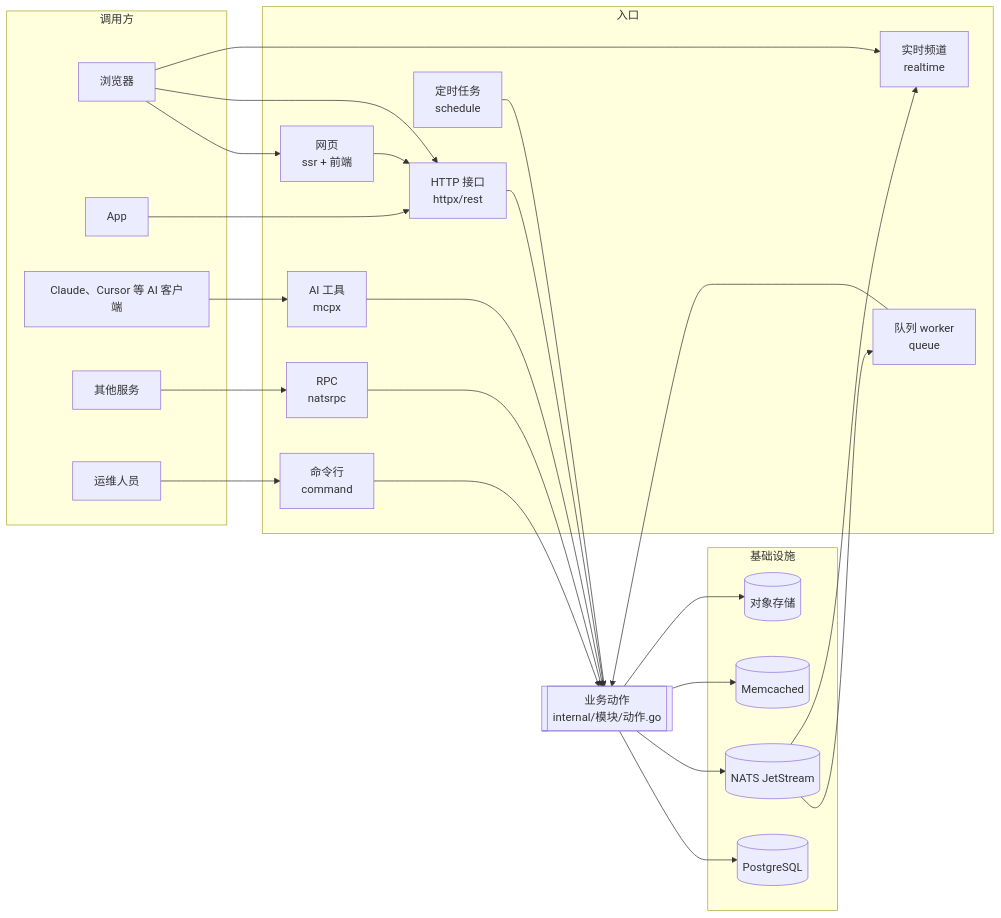
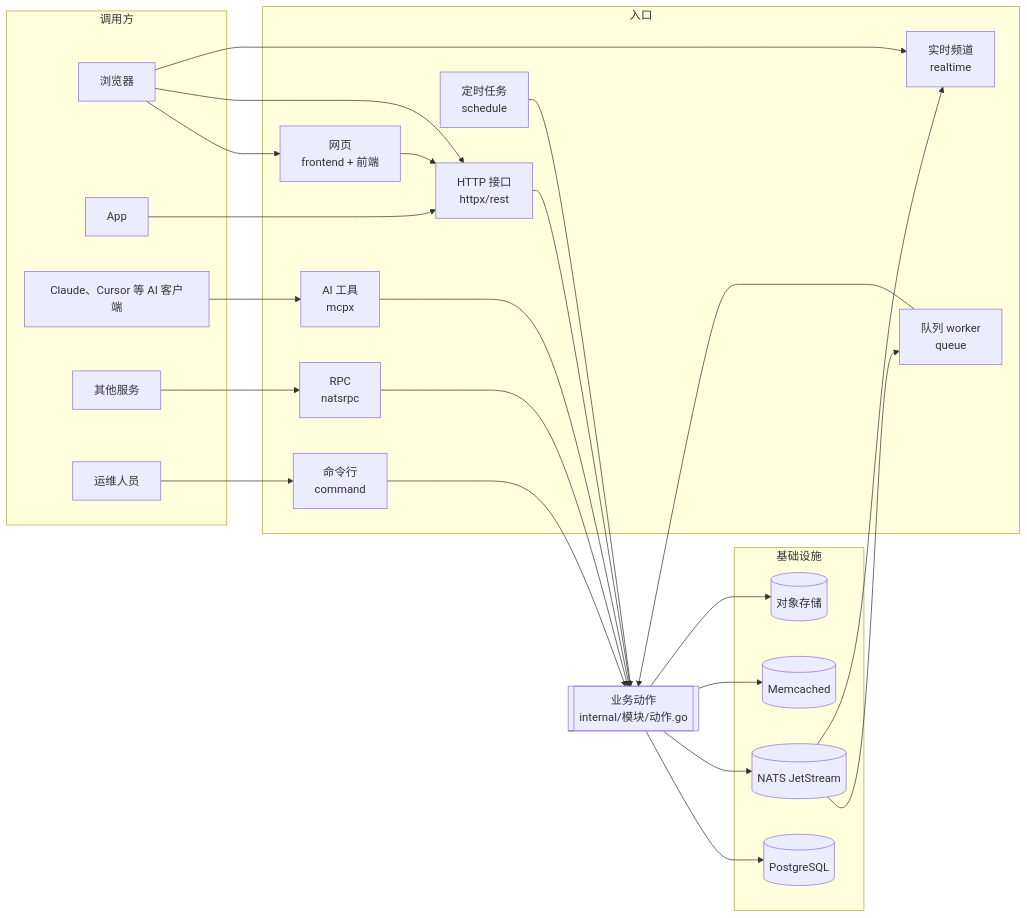
The first of 8 diagrams in README.md (go-tenon/tenon), drawn with Mermaid before and after one commit. The commit also changed other lines of this file and 72 other files, not shown here.

````diff
--- a/README.md
+++ b/README.md
@@ -20,47 +20,47 @@
 ```mermaid
 flowchart LR
   subgraph Clients[调用方]
     B[浏览器]
     A[App]
     AI[Claude、Cursor 等 AI 客户端]
     SVC[其他服务]
     OPS[运维人员]
   end
   subgraph Entries[入口]
     REST[HTTP 接口<br/>httpx/rest]
-    PAGES[网页<br/>ssr + 前端]
+    PAGES[网页<br/>frontend + 前端]
     RT[实时频道<br/>realtime]
     MCP[AI 工具<br/>mcpx]
     RPC[RPC<br/>natsrpc]
     CLI[命令行<br/>command]
     WORK[队列 worker<br/>queue]
     SCHED[定时任务<br/>schedule]
   end
   ACT[["业务动作<br/>internal/模块/动作.go"]]
   subgraph Infra[基础设施]
     PG[(PostgreSQL)]
     NATS[(NATS JetStream)]
     MC[(Memcached)]
     S3[(对象存储)]
   end
   B --> PAGES
   B --> REST
   A --> REST
   B --> RT
   AI --> MCP
   SVC --> RPC
   OPS --> CLI
   PAGES --> REST
   REST --> ACT
   MCP --> ACT
   RPC --> ACT
   CLI --> ACT
   WORK --> ACT
   SCHED --> ACT
   ACT --> PG
   ACT --> NATS
   ACT --> MC
   ACT --> S3
   NATS --> WORK
   NATS --> RT
 ```
````
